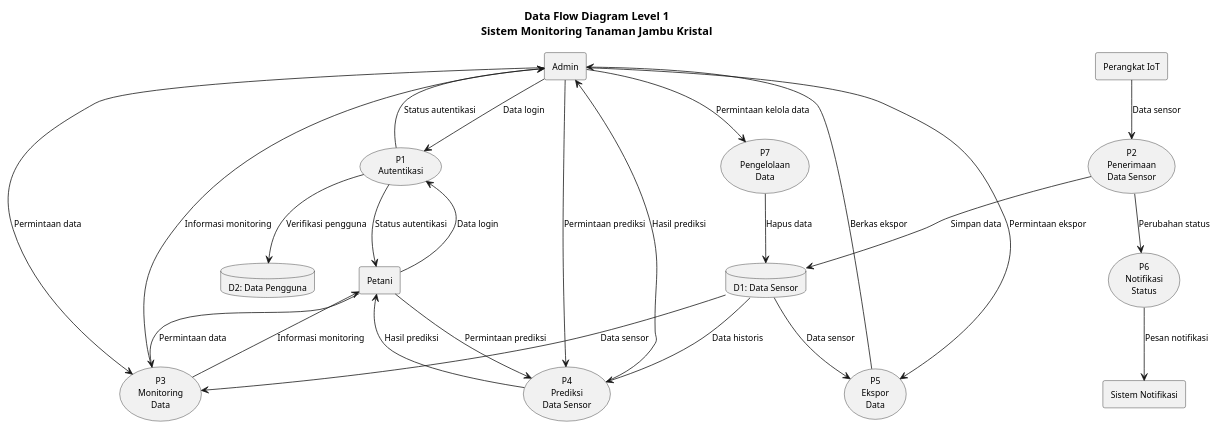
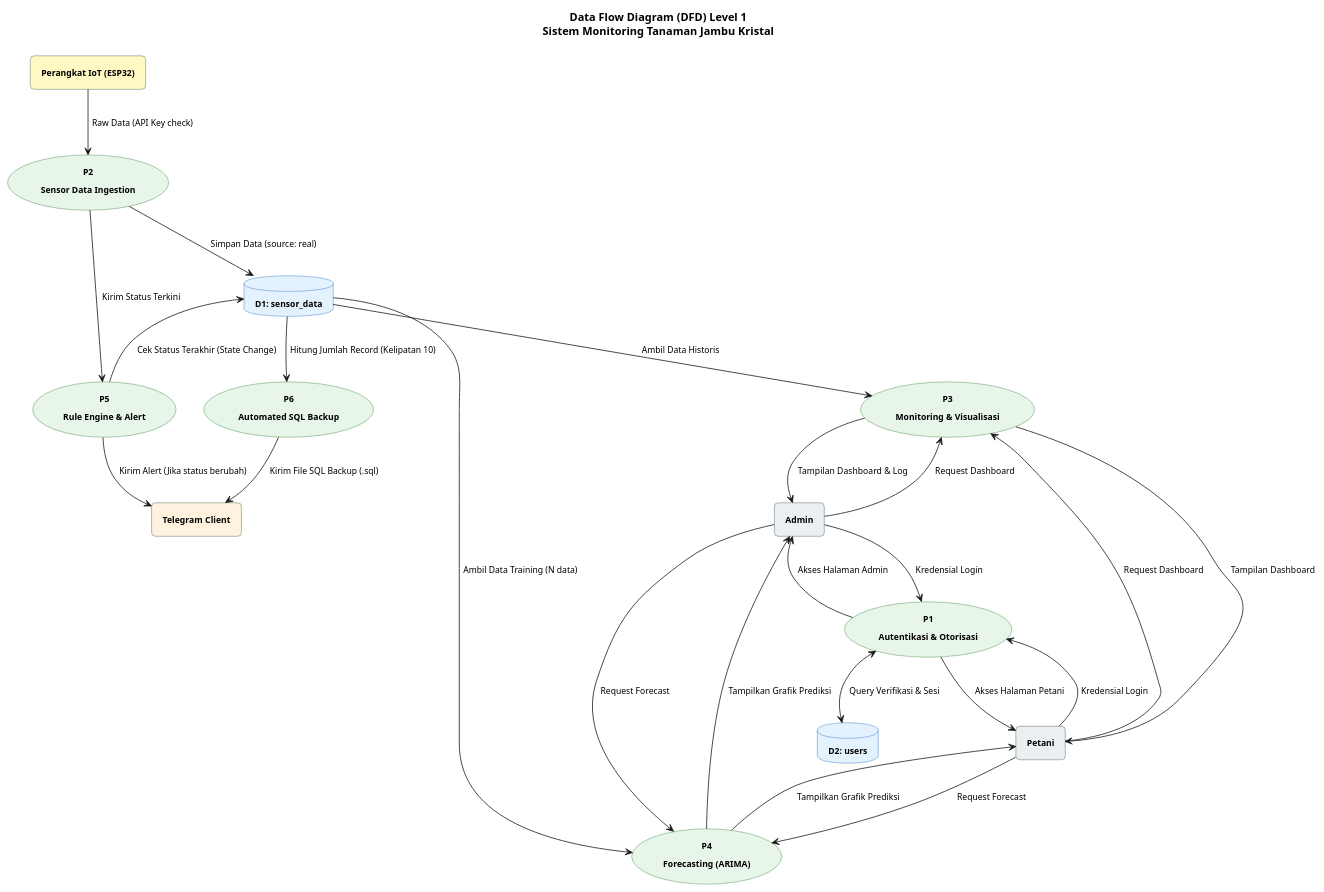
The diagram in docs/diagrams/4b_dfd_level1.puml (maa040424/jambu-monitoring), drawn with PlantUML before and after one commit. The commit also changed 51 other files, not shown here.

```diff
--- a/docs/diagrams/4b_dfd_level1.puml
+++ b/docs/diagrams/4b_dfd_level1.puml
@@ -1,61 +1,81 @@
 @startuml DFD Level 1
-skinparam monochrome true
+
+skinparam backgroundColor white
+skinparam defaultFontName "Segoe UI"
+skinparam defaultFontSize 11
 skinparam shadowing false
-skinparam backgroundColor white
-skinparam defaultFontName Arial
-skinparam defaultFontSize 11
+skinparam roundCorner 10
+skinparam padding 4
 
-title Data Flow Diagram Level 1\nSistem Monitoring Tanaman Jambu Kristal
+skinparam rectangle {
+    BorderColor #37474F
+    BackgroundColor #ECEFF1
+    FontStyle bold
+}
 
-' === Entitas Luar ===
-rectangle "Admin" as admin
-rectangle "Petani" as petani
-rectangle "Perangkat IoT" as iot
-rectangle "Sistem Notifikasi" as notif
+skinparam database {
+    BorderColor #1565C0
+    BackgroundColor #E3F2FD
+}
 
-' === Data Store ===
-database "D1: Data Sensor" as ds_sensor
-database "D2: Data Pengguna" as ds_users
+skinparam usecase {
+    BorderColor #2E7D32
+    BackgroundColor #E8F5E9
+    FontStyle bold
+}
 
-' === Proses ===
-usecase "P1\nAutentikasi" as p1
-usecase "P2\nPenerimaan\nData Sensor" as p2
-usecase "P3\nMonitoring\nData" as p3
-usecase "P4\nPrediksi\nData Sensor" as p4
-usecase "P5\nEkspor\nData" as p5
-usecase "P6\nNotifikasi\nStatus" as p6
-usecase "P7\nPengelolaan\nData" as p7
+title **Data Flow Diagram (DFD) Level 1**\nSistem Monitoring Tanaman Jambu Kristal
 
-' === Aliran Data ===
-admin --> p1 : Data login
-petani --> p1 : Data login
-p1 --> ds_users : Verifikasi pengguna
-p1 --> admin : Status autentikasi
-p1 --> petani : Status autentikasi
+' ── Entitas Luar ──
+rectangle "**Admin**" as admin #ECEFF1
+rectangle "**Petani**" as petani #ECEFF1
+rectangle "**Perangkat IoT (ESP32)**" as esp32 #FFF9C4
+rectangle "**Telegram Client**" as telegram #FFF3E0
 
-iot --> p2 : Data sensor
-p2 --> ds_sensor : Simpan data
-p2 --> p6 : Perubahan status
+' ── Data Store ──
+database "**D1: sensor_data**" as ds_sensor
+database "**D2: users**" as ds_users
 
-admin --> p3 : Permintaan data
-petani --> p3 : Permintaan data
-ds_sensor --> p3 : Data sensor
-p3 --> admin : Informasi monitoring
-p3 --> petani : Informasi monitoring
+' ── Proses ──
+usecase "**P1**\nAutentikasi & Otorisasi" as p1
+usecase "**P2**\nSensor Data Ingestion" as p2
+usecase "**P3**\nMonitoring & Visualisasi" as p3
+usecase "**P4**\nForecasting (ARIMA)" as p4
+usecase "**P5**\nRule Engine & Alert" as p5
+usecase "**P6**\nAutomated SQL Backup" as p6
 
-admin --> p4 : Permintaan prediksi
-petani --> p4 : Permintaan prediksi
-ds_sensor --> p4 : Data historis
-p4 --> admin : Hasil prediksi
-p4 --> petani : Hasil prediksi
+' ── Aliran Data P1 ──
+admin --> p1 : Kredensial Login
+petani --> p1 : Kredensial Login
+p1 <--> ds_users : Query Verifikasi & Sesi
+p1 --> admin : Akses Halaman Admin
+p1 --> petani : Akses Halaman Petani
 
-admin --> p5 : Permintaan ekspor
-ds_sensor --> p5 : Data sensor
-p5 --> admin : Berkas ekspor
+' ── Aliran Data P2 ──
+esp32 --> p2 : Raw Data (API Key check)
+p2 --> ds_sensor : Simpan Data (source: real)
+p2 --> p5 : Kirim Status Terkini
 
-p6 --> notif : Pesan notifikasi
+' ── Aliran Data P3 ──
+admin --> p3 : Request Dashboard
+petani --> p3 : Request Dashboard
+ds_sensor -down-> p3 : Ambil Data Historis
+p3 --> admin : Tampilan Dashboard & Log
+p3 --> petani : Tampilan Dashboard
 
-admin --> p7 : Permintaan kelola data
-p7 --> ds_sensor : Hapus data
+' ── Aliran Data P4 ──
+admin --> p4 : Request Forecast
+petani --> p4 : Request Forecast
+ds_sensor -down-> p4 : Ambil Data Training (N data)
+p4 --> admin : Tampilkan Grafik Prediksi
+p4 --> petani : Tampilkan Grafik Prediksi
+
+' ── Aliran Data P5 ──
+p5 -up-> ds_sensor : Cek Status Terakhir (State Change)
+p5 -right-> telegram : Kirim Alert (Jika status berubah)
+
+' ── Aliran Data P6 ──
+ds_sensor --> p6 : Hitung Jumlah Record (Kelipatan 10)
+p6 --> telegram : Kirim File SQL Backup (.sql)
 
 @enduml
```
